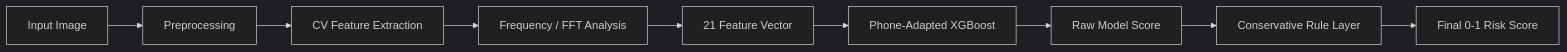
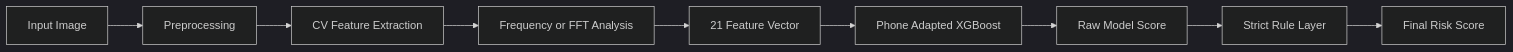
Before and after one commit to KartikeyaM2007/salescode-recapture-detector: the first of 2 diagrams in README.md, drawn with Mermaid (dark theme). The commit also changed other lines of this file, not shown here.

````diff
--- a/README.md
+++ b/README.md
@@ -86,11 +81,11 @@
 ```mermaid
 flowchart LR
     A[Input Image] --> B[Preprocessing]
     B --> C[CV Feature Extraction]
-    C --> D[Frequency / FFT Analysis]
+    C --> D[Frequency or FFT Analysis]
     D --> E[21 Feature Vector]
-    E --> F[Phone-Adapted XGBoost]
+    E --> F[Phone Adapted XGBoost]
     F --> G[Raw Model Score]
-    G --> H[Conservative Rule Layer]
-    H --> I[Final 0-1 Risk Score]
+    G --> H[Strict Rule Layer]
+    H --> I[Final Risk Score]
 ```
````
